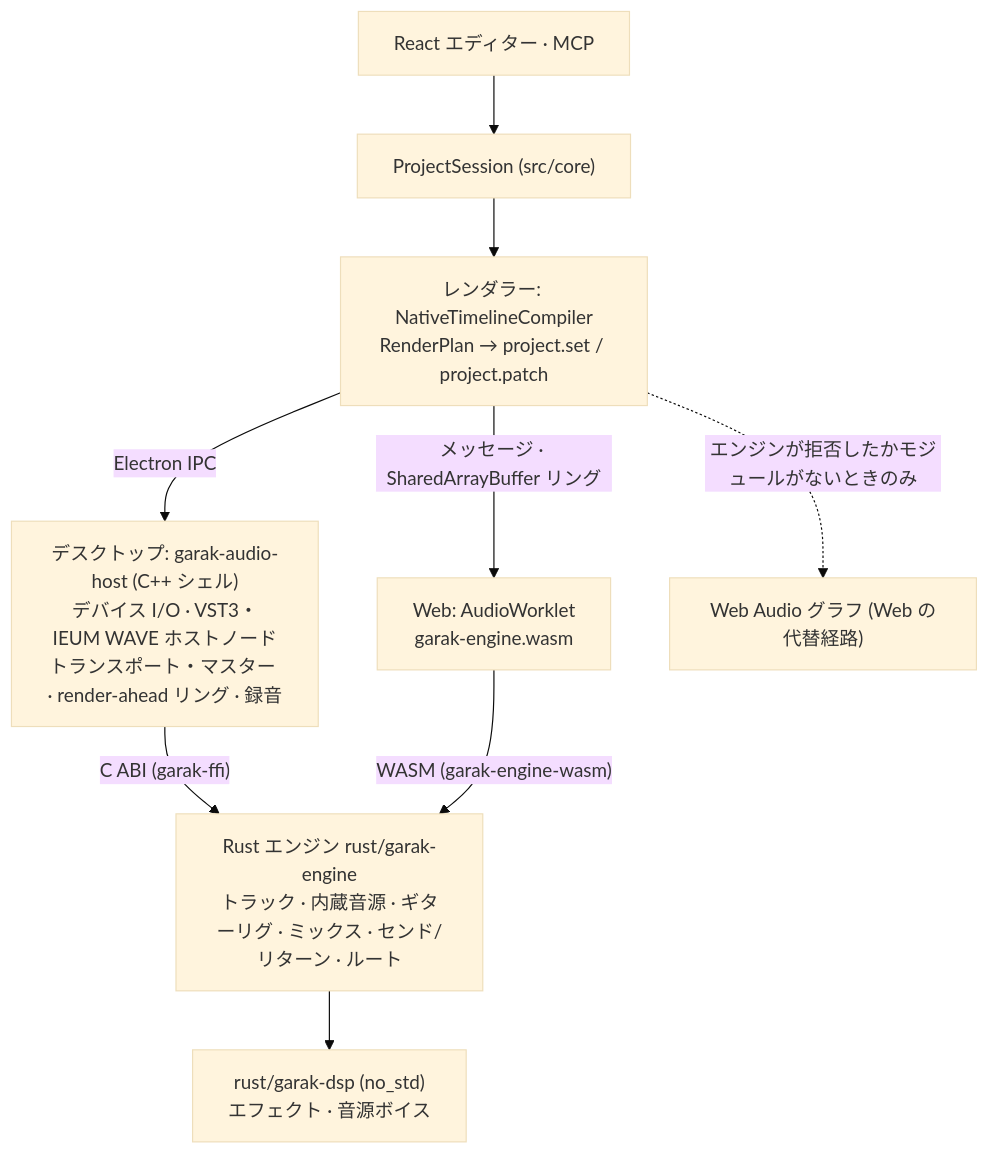
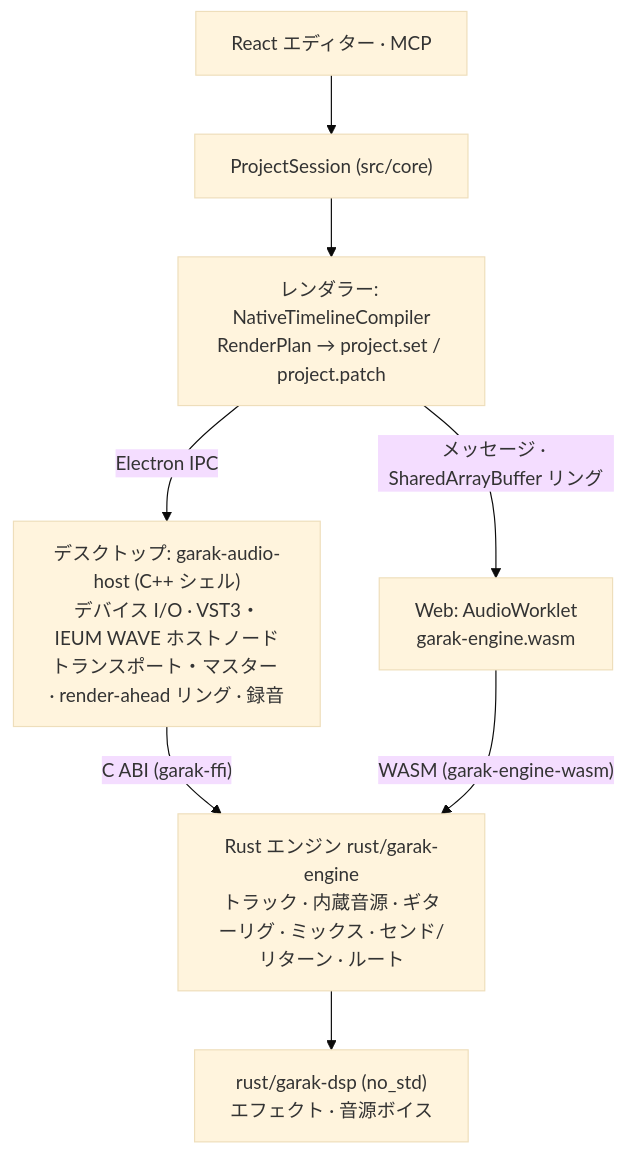
The diagram in README.ja.md (songchez/garak-ieum), drawn with Mermaid (base theme) before and after one commit. The commit also changed other lines of this file and 33 other files, not shown here.

````diff
--- a/README.ja.md
+++ b/README.ja.md
@@ -66,11 +66,10 @@
 ```mermaid
 flowchart TD
   UI["React エディター · MCP"] --> S["ProjectSession (src/core)"]
   S --> C["レンダラー: NativeTimelineCompiler<br/>RenderPlan → project.set / project.patch"]
   C -->|"Electron IPC"| H["デスクトップ: garak-audio-host (C++ シェル)<br/>デバイス I/O · VST3・IEUM WAVE ホストノード<br/>トランスポート・マスター · render-ahead リング · 録音"]
   C -->|"メッセージ · SharedArrayBuffer リング"| W["Web: AudioWorklet<br/>garak-engine.wasm"]
   H -->|"C ABI (garak-ffi)"| E["Rust エンジン rust/garak-engine<br/>トラック · 内蔵音源 · ギターリグ · ミックス · センド/リターン · ルート"]
   W -->|"WASM (garak-engine-wasm)"| E
   E --> D["rust/garak-dsp (no_std)<br/>エフェクト · 音源ボイス"]
-  C -.->|"エンジンが拒否したかモジュールがないときのみ"| F["Web Audio グラフ (Web の代替経路)"]
 ```
````
